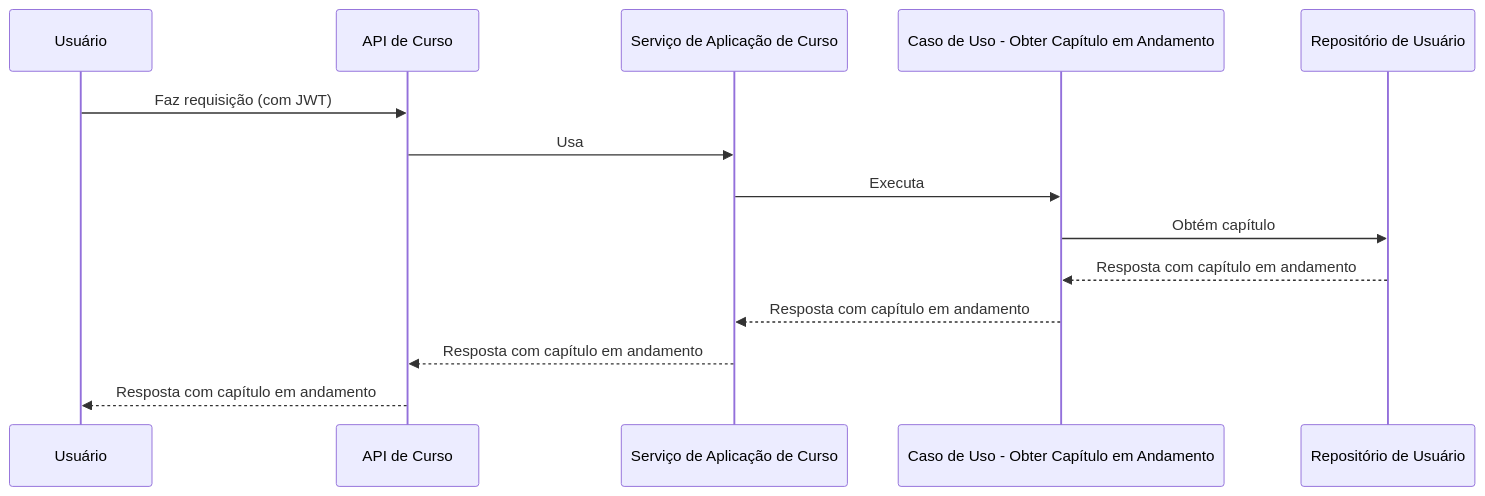
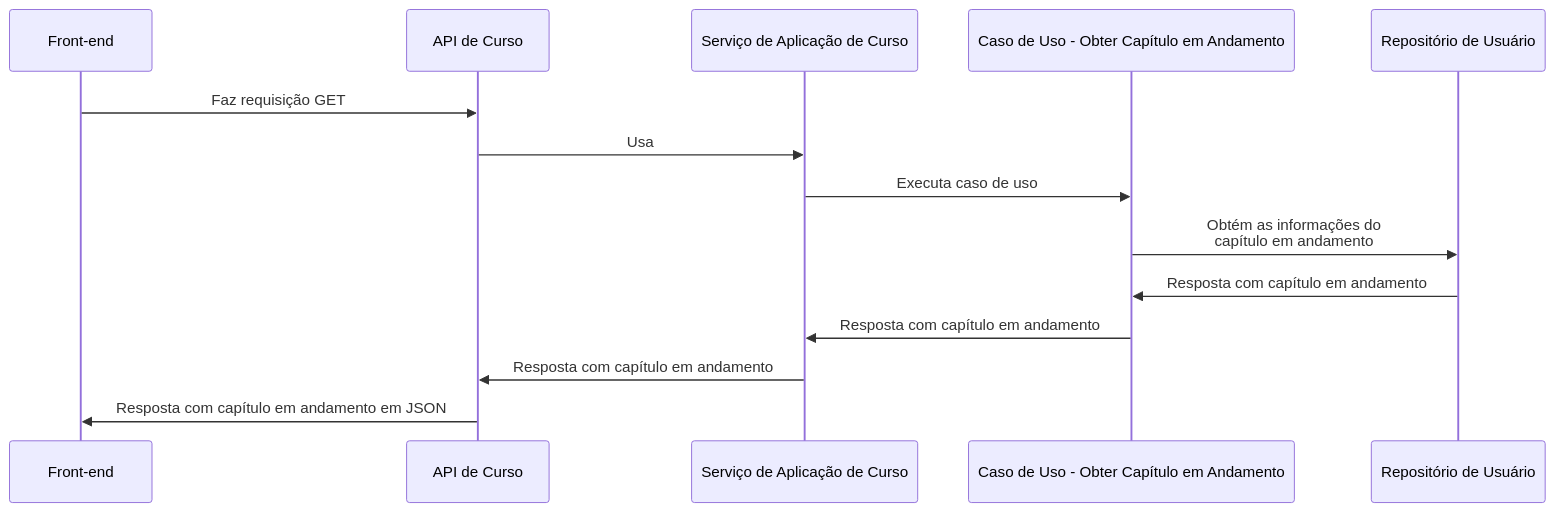
Before and after one commit to Open-3A/3A-c4-model: the third of 8 diagrams in C3 Components/Back-end/Módulo de curso/README.md, drawn with Mermaid. The commit also changed other lines of this file, not shown here.

Commit message:
refactor(C3): change execution flow of course module

````diff
--- a/C3 Components/Back-end/Módulo de curso/README.md
+++ b/C3 Components/Back-end/Módulo de curso/README.md
@@ -61,17 +55,17 @@
 ```mermaid
 sequenceDiagram
-    participant user as Usuário
+    participant frontend as Front-end
     participant course_api as API de Curso
     participant course_service as Serviço de Aplicação de Curso
     participant get_chapter_to_continue_use_case as Caso de Uso - Obter Capítulo em Andamento
     participant user_repository as Repositório de Usuário
 
-    user->>course_api: Faz requisição (com JWT)
+    frontend->>course_api: Faz requisição GET
     course_api->>course_service: Usa
-    course_service->>get_chapter_to_continue_use_case: Executa
-    get_chapter_to_continue_use_case->>user_repository: Obtém capítulo
-    user_repository-->>get_chapter_to_continue_use_case: Resposta com capítulo em andamento
-    get_chapter_to_continue_use_case-->>course_service: Resposta com capítulo em andamento
-    course_service-->>course_api: Resposta com capítulo em andamento
-    course_api-->>user: Resposta com capítulo em andamento
+    course_service->>get_chapter_to_continue_use_case: Executa caso de uso
+    get_chapter_to_continue_use_case->>user_repository: Obtém as informações do <br/> capítulo em andamento
+    user_repository->>get_chapter_to_continue_use_case: Resposta com capítulo em andamento
+    get_chapter_to_continue_use_case->>course_service: Resposta com capítulo em andamento
+    course_service->>course_api: Resposta com capítulo em andamento
+    course_api->>frontend: Resposta com capítulo em andamento em JSON
 ```
````
